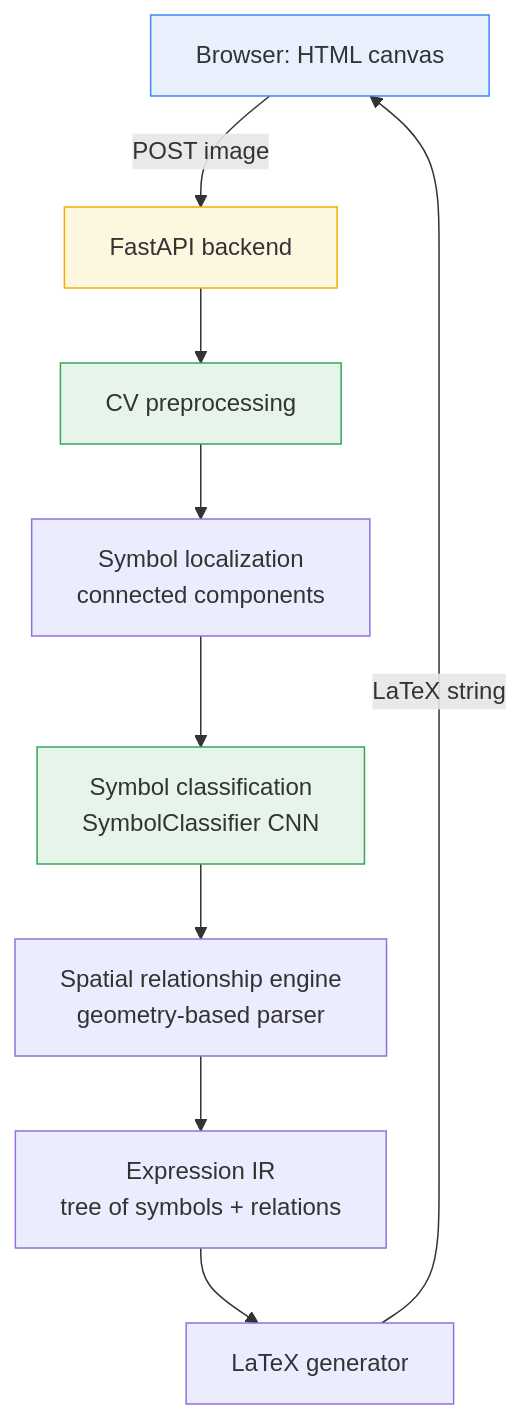
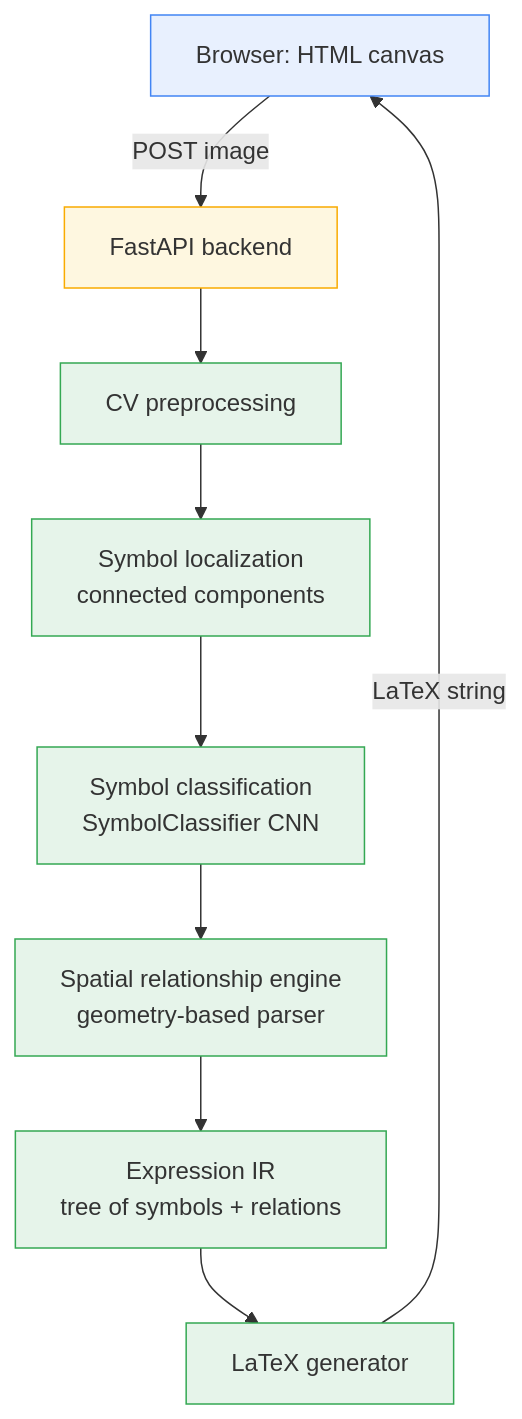
Before and after one commit to ryanwhitford/LaTeXVision: the diagram in README.md, drawn with Mermaid. The commit also changed other lines of this file and 15 other files, not shown here.

````diff
--- a/README.md
+++ b/README.md
@@ -23,16 +23,20 @@
 ```mermaid
 flowchart TD
     A[Browser: HTML canvas] -->|POST image| B[FastAPI backend]
     B --> C[CV preprocessing]
     C --> D[Symbol localization<br/>connected components]
     D --> E[Symbol classification<br/>SymbolClassifier CNN]
     E --> F[Spatial relationship engine<br/>geometry-based parser]
     F --> G[Expression IR<br/>tree of symbols + relations]
     G --> H[LaTeX generator]
     H -->|LaTeX string| A
 
     style A fill:#e8f0fe,stroke:#4285f4
     style B fill:#fef7e0,stroke:#f9ab00
     style C fill:#e6f4ea,stroke:#34a853
+    style D fill:#e6f4ea,stroke:#34a853
     style E fill:#e6f4ea,stroke:#34a853
+    style F fill:#e6f4ea,stroke:#34a853
+    style G fill:#e6f4ea,stroke:#34a853
+    style H fill:#e6f4ea,stroke:#34a853
 ```
````
